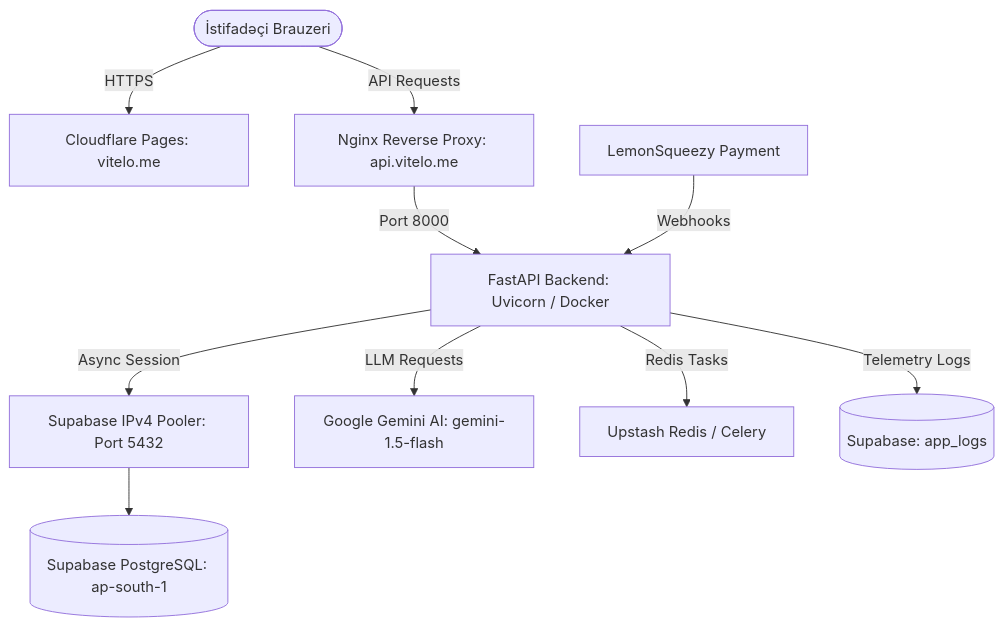
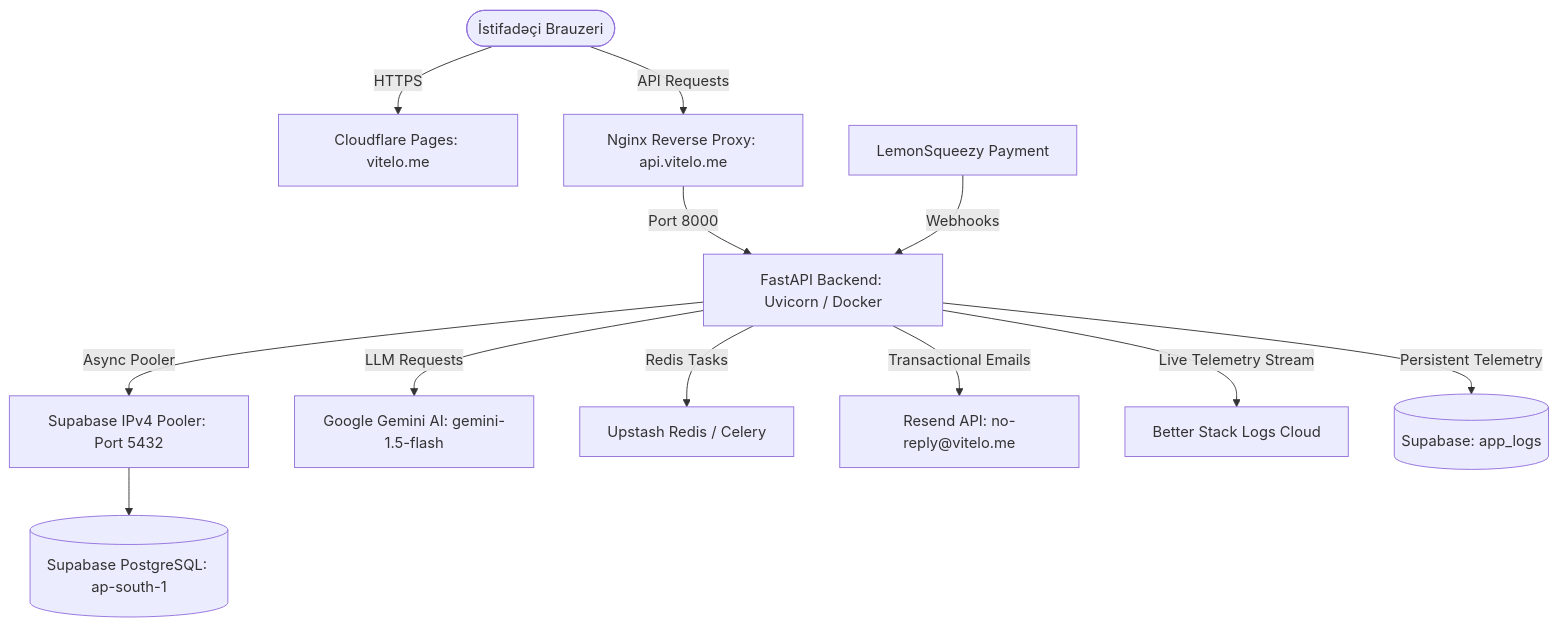
The diagram in PROJECT_MASTER_DOCUMENTATION.md (latifovtebriz/vitelo), drawn with Mermaid before and after one commit. The commit also changed other lines of this file and 1 other file, not shown here.

Commit message:
docs: finalize master documentation with Resend DNS setup, Better Stack telemetry, and new machine quickstart guide

````diff
--- a/PROJECT_MASTER_DOCUMENTATION.md
+++ b/PROJECT_MASTER_DOCUMENTATION.md
@@ -25,12 +28,14 @@
 ```mermaid
 graph TD
     User([İstifadəçi Brauzeri]) -->|HTTPS| CF[Cloudflare Pages: vitelo.me]
     User -->|API Requests| Nginx[Nginx Reverse Proxy: api.vitelo.me]
     Nginx -->|Port 8000| FastAPI[FastAPI Backend: Uvicorn / Docker]
-    FastAPI -->|Async Session| Pooler[Supabase IPv4 Pooler: Port 5432]
+    FastAPI -->|Async Pooler| Pooler[Supabase IPv4 Pooler: Port 5432]
     Pooler --> Postgres[(Supabase PostgreSQL: ap-south-1)]
     FastAPI -->|LLM Requests| Gemini[Google Gemini AI: gemini-1.5-flash]
     FastAPI -->|Redis Tasks| Upstash[Upstash Redis / Celery]
+    FastAPI -->|Transactional Emails| Resend[Resend API: no-reply@vitelo.me]
+    FastAPI -->|Live Telemetry Stream| BetterStack[Better Stack Logs Cloud]
     Lemon[LemonSqueezy Payment] -->|Webhooks| FastAPI
-    FastAPI -->|Telemetry Logs| AppLogs[(Supabase: app_logs)]
+    FastAPI -->|Persistent Telemetry| AppLogs[(Supabase: app_logs)]
 ```
````
